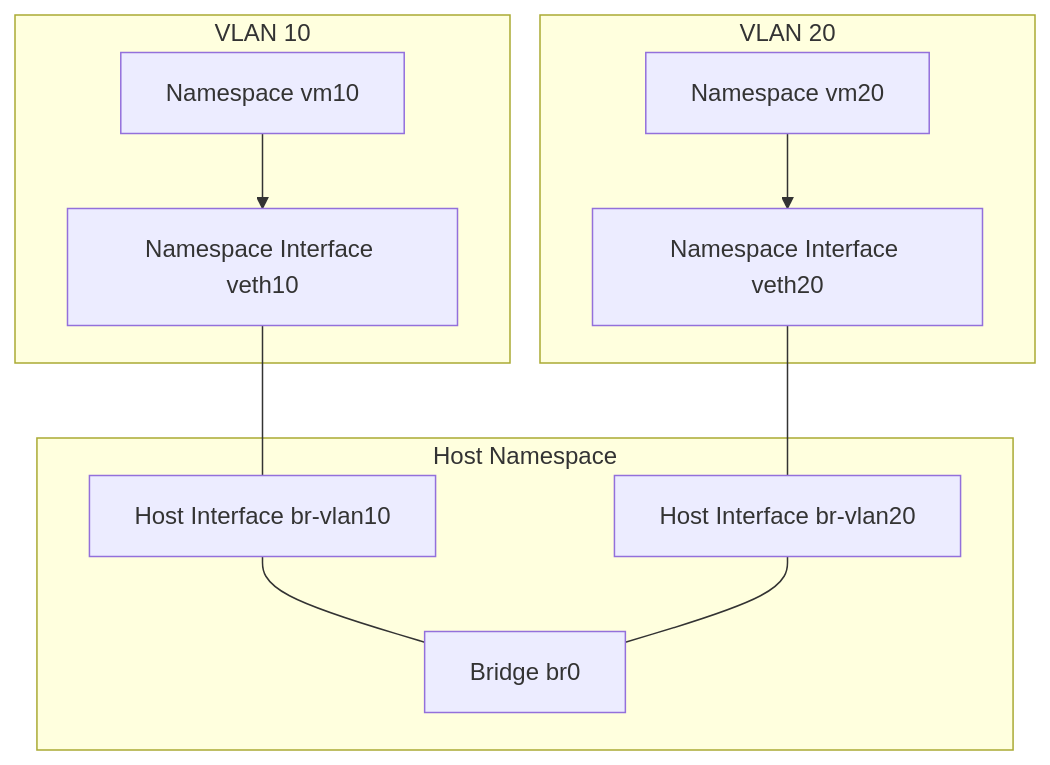
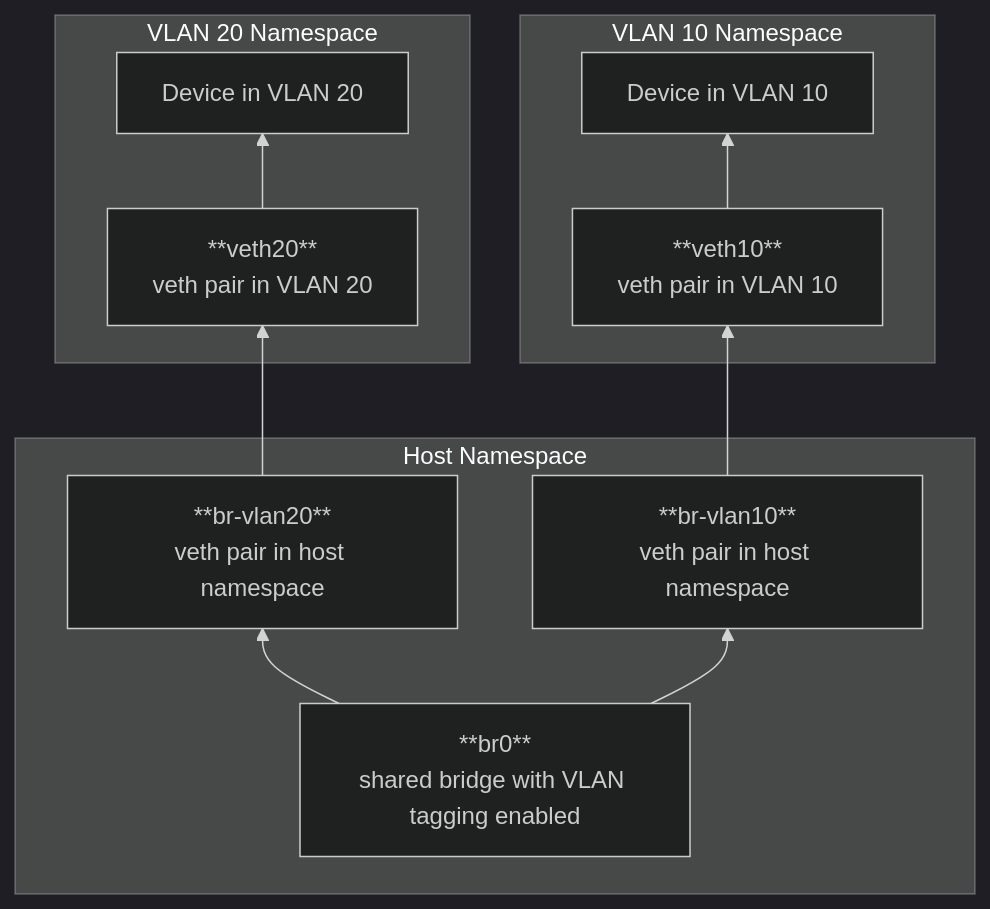
The diagram in 2025-05-02-netns-vlan-bridge.md (bluebrown/bluebrown.github.io), drawn with Mermaid before and after one commit. The commit also changed other lines of this file and 28 other files, not shown here.

````diff
--- a/2025-05-02-netns-vlan-bridge.md
+++ b/2025-05-02-netns-vlan-bridge.md
@@ -15,25 +17,24 @@
 ```mermaid
-graph TD
-    subgraph Host Namespace
-        br0[Bridge br0]
-        br-vlan10[Host Interface br-vlan10]
-        br-vlan20[Host Interface br-vlan20]
-    end
+%%{init: {"theme": "dark"}}%%
+graph BT
+  subgraph Host Namespace
+    br0 --> br-vlan10
+    br0 --> br-vlan20
+  end
+  subgraph VLAN 10 Namespace
+    br-vlan10 --> veth10
+    veth10 --> dev10
+  end
+  subgraph VLAN 20 Namespace
+    br-vlan20 --> veth20
+    veth20 --> dev20
+  end
 
-    subgraph VLAN 10
-        veth10[Namespace Interface veth10]
-        vm10[Namespace vm10]
-        vm10 --> veth10
-    end
-
-    subgraph VLAN 20
-        veth20[Namespace Interface veth20]
-        vm20[Namespace vm20]
-        vm20 --> veth20
-    end
-    
-    veth10 --- br-vlan10
-    veth20 --- br-vlan20
-    br-vlan10 --- br0
-    br-vlan20 --- br0
+  br0[**br0**<br>shared bridge with VLAN tagging enabled]
+  br-vlan10[**br-vlan10**<br>veth pair in host namespace]
+  br-vlan20[**br-vlan20**<br>veth pair in host namespace]
+  veth10[**veth10**<br>veth pair in VLAN 10]
+  veth20[**veth20**<br>veth pair in VLAN 20]
+  dev10[Device in VLAN 10]
+  dev20[Device in VLAN 20]
 ```
````
